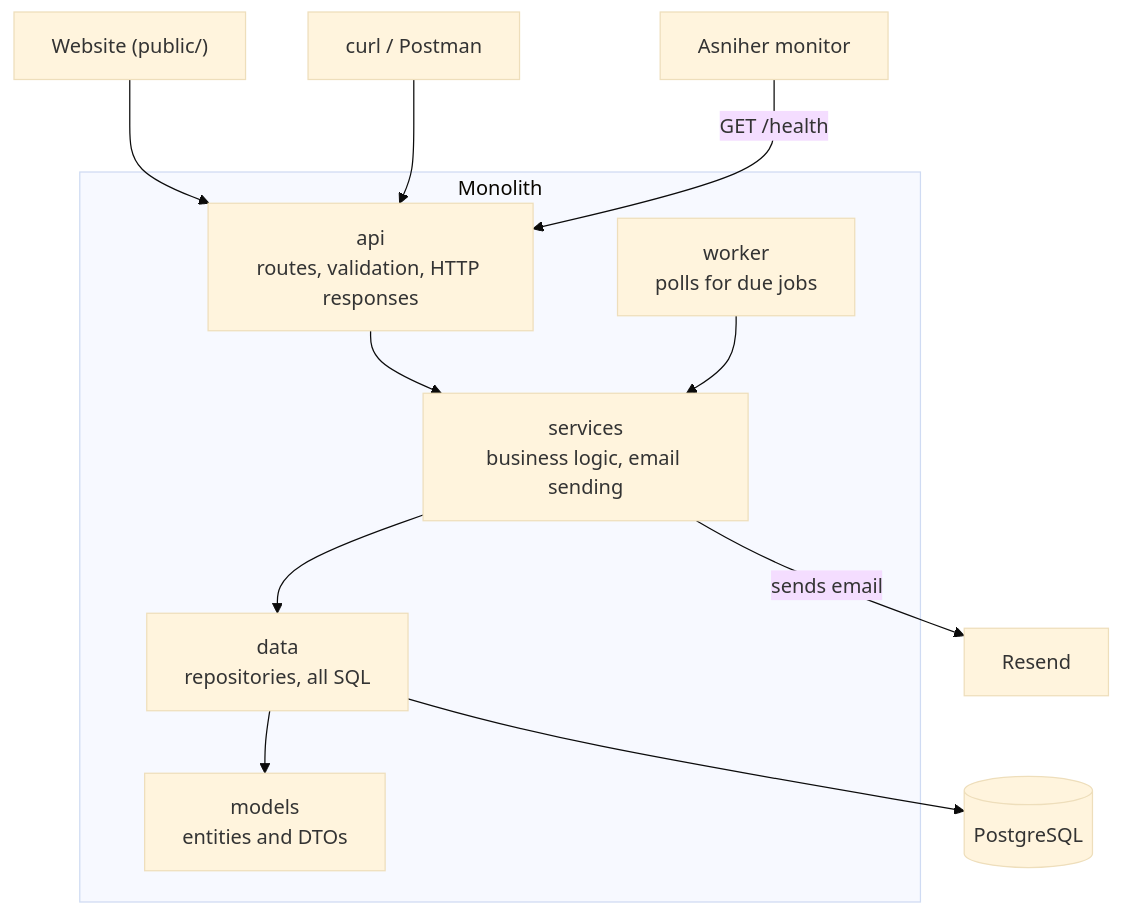
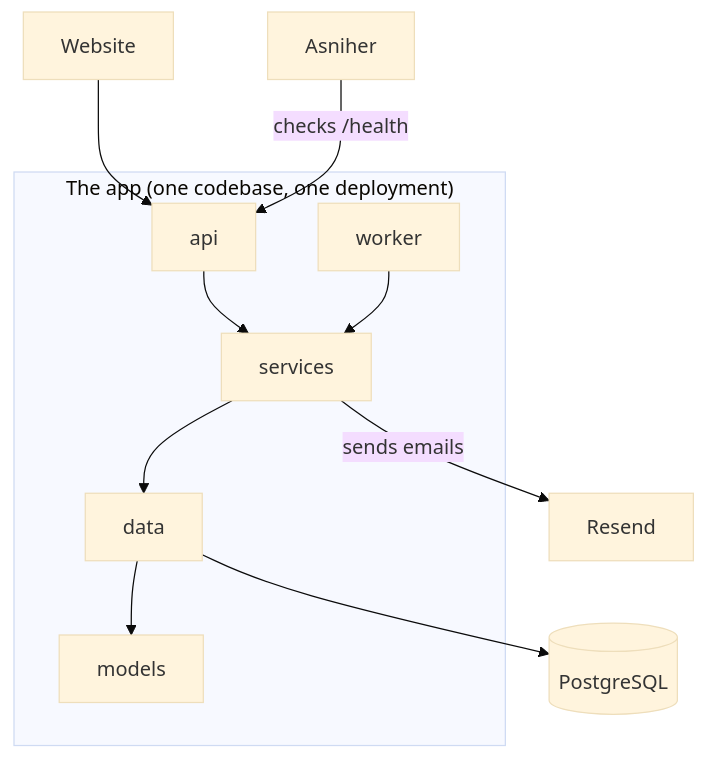
One commit to Ardiannaa008/salon-booking changed the diagram in README.md. Above: the diagram before and after it, drawn with Mermaid (base theme). The commit also changed other lines of this file, not shown here.

````diff
--- a/README.md
+++ b/README.md
@@ -13,21 +19,20 @@
 ```mermaid
 flowchart TD
-    Browser["Website (public/)"] --> API
-    Client["curl / Postman"] --> API
-    Monitor["Asniher monitor"] -->|GET /health| API
+    Website["Website"] --> API
+    Monitor["Asniher"] -->|checks /health| API
 
-    subgraph App["Monolith"]
-        API["api<br/>routes, validation, HTTP responses"]
-        Worker["worker<br/>polls for due jobs"]
-        Services["services<br/>business logic, email sending"]
-        Data["data<br/>repositories, all SQL"]
-        Models["models<br/>entities and DTOs"]
+    subgraph App["The app (one codebase, one deployment)"]
+        API["api"]
+        Worker["worker"]
+        Services["services"]
+        Data["data"]
+        Models["models"]
         API --> Services
         Worker --> Services
         Services --> Data
         Data --> Models
     end
 
     Data --> DB[("PostgreSQL")]
-    Services -->|sends email| Resend["Resend"]
+    Services -->|sends emails| Resend["Resend"]
 ```
````
